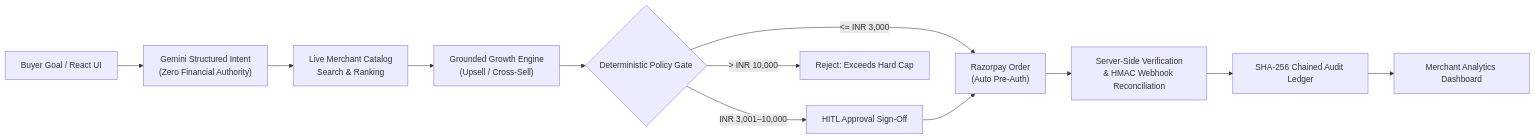
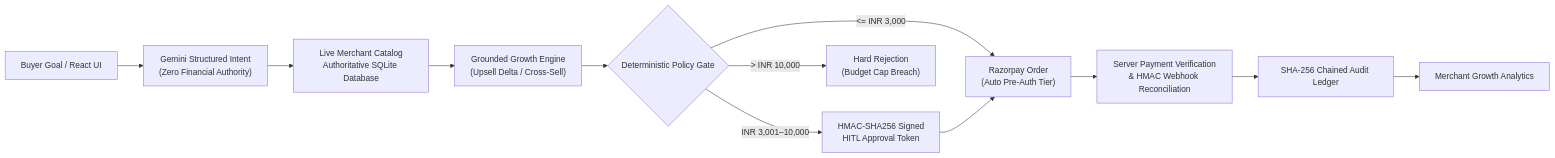
Before and after one commit to princeVerma73/agentcart-uap-razorpay: the diagram in README.md, drawn with Mermaid. The commit also changed other lines of this file and 14 other files, not shown here.

````diff
--- a/README.md
+++ b/README.md
@@ -38,14 +30,14 @@
-``` mermaid
+```mermaid
 flowchart LR
     U["Buyer Goal / React UI"] --> I["Gemini Structured Intent<br/>(Zero Financial Authority)"]
-    I --> C["Live Merchant Catalog<br/>Search & Ranking"]
-    C --> G["Grounded Growth Engine<br/>(Upsell / Cross-Sell)"]
+    I --> C["Live Merchant Catalog<br/>Authoritative SQLite Database"]
+    C --> G["Grounded Growth Engine<br/>(Upsell Delta / Cross-Sell)"]
     G --> P{"Deterministic Policy Gate"}
-    P -->|"<= INR 3,000"| O["Razorpay Order<br/>(Auto Pre-Auth)"]
-    P -->|"INR 3,001–10,000"| H["HITL Approval Sign-Off"]
+    P -->|"<= INR 3,000"| O["Razorpay Order<br/>(Auto Pre-Auth Tier)"]
+    P -->|"INR 3,001–10,000"| H["HMAC-SHA256 Signed<br/>HITL Approval Token"]
     H --> O
-    P -->|"> INR 10,000"| R["Reject: Exceeds Hard Cap"]
-    O --> V["Server-Side Verification<br/>& HMAC Webhook Reconciliation"]
+    P -->|"> INR 10,000"| R["Hard Rejection<br/>(Budget Cap Breach)"]
+    O --> V["Server Payment Verification<br/>& HMAC Webhook Reconciliation"]
     V --> L["SHA-256 Chained Audit Ledger"]
-    L --> A["Merchant Analytics Dashboard"]
+    L --> A["Merchant Growth Analytics"]
 ```
````
